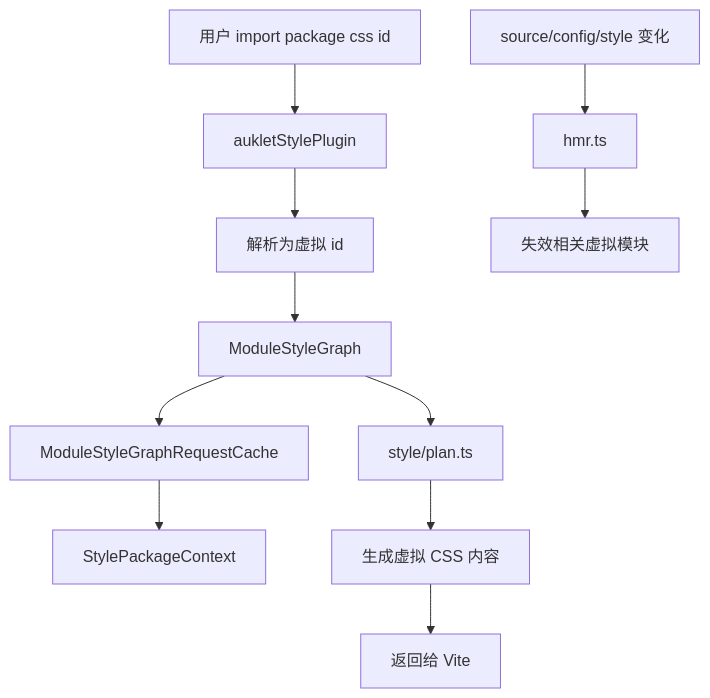
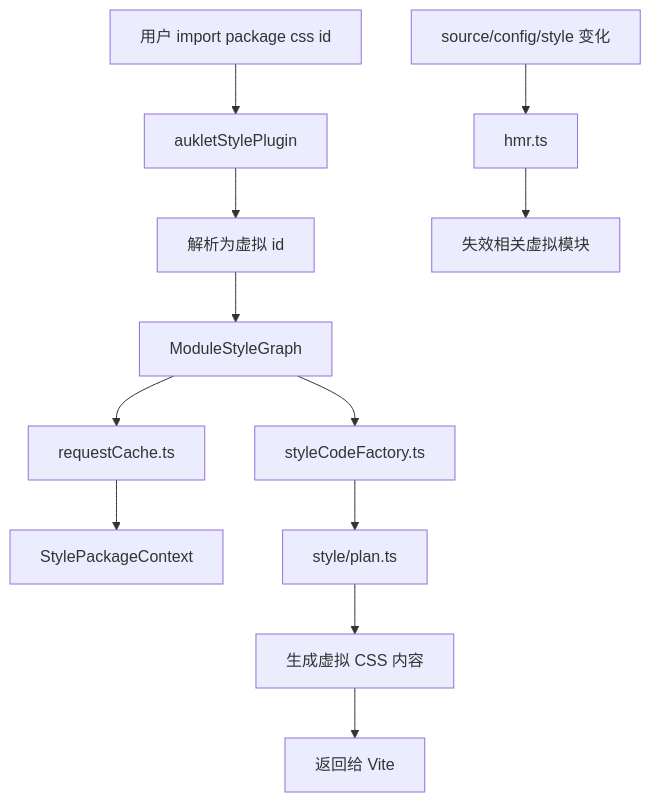
Before and after one commit to imtaotao/auklet: the fourth of 4 diagrams in CONTRIBUTING.md, drawn with Mermaid. The commit also changed other lines of this file and 15 other files, not shown here.

````diff
--- a/CONTRIBUTING.md
+++ b/CONTRIBUTING.md
@@ -239,13 +248,14 @@
 ```mermaid
 flowchart TD
   Import["用户 import package css id"] --> Plugin["aukletStylePlugin"]
   Plugin --> ResolveId["解析为虚拟 id"]
   ResolveId --> Graph["ModuleStyleGraph"]
-  Graph --> Cache["ModuleStyleGraphRequestCache"]
+  Graph --> Cache["requestCache.ts"]
   Cache --> PackageContext["StylePackageContext"]
-  Graph --> SharedPlan["style/plan.ts"]
+  Graph --> Factory["styleCodeFactory.ts"]
+  Factory --> SharedPlan["style/plan.ts"]
   SharedPlan --> LoadStyle["生成虚拟 CSS 内容"]
   LoadStyle --> Vite["返回给 Vite"]
   FileChange["source/config/style 变化"] --> Hmr["hmr.ts"]
   Hmr --> Invalidate["失效相关虚拟模块"]
 ```
````
